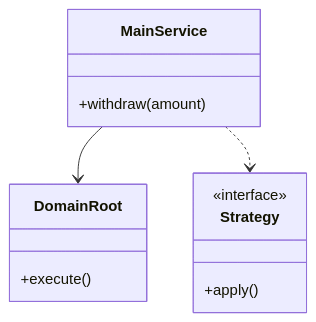
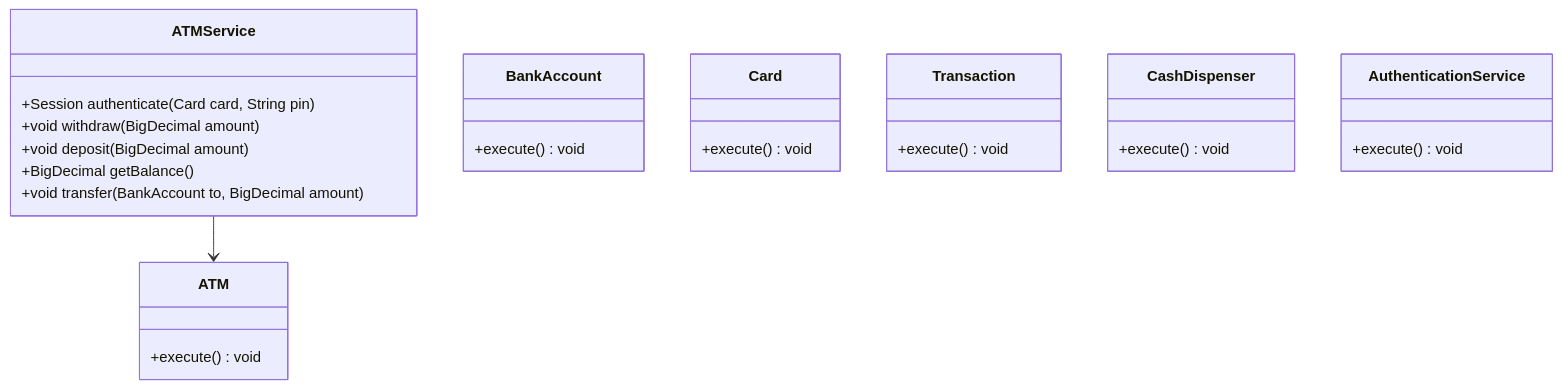
One commit to madhupaila/Interview-Prep-SSE changed the first of 3 diagrams in Learn/System Design - Low Level Design/02-classic-ood/questions/Q11-atm.md. Above: the diagram before and after it, drawn with Mermaid. The commit also changed other lines of this file and 491 other files, not shown here.

````diff
--- a/Learn/System Design - Low Level Design/02-classic-ood/questions/Q11-atm.md
+++ b/Learn/System Design - Low Level Design/02-classic-ood/questions/Q11-atm.md
@@ -75,15 +93,29 @@
 ```mermaid
 classDiagram
-    class MainService {
-        +withdraw(amount)
+    class ATMService {
+        +Session authenticate(Card card, String pin)
+        +void withdraw(BigDecimal amount)
+        +void deposit(BigDecimal amount)
+        +BigDecimal getBalance()
+        +void transfer(BankAccount to, BigDecimal amount)
     }
-    class DomainRoot {
-        +execute()
+    class ATM {
+        +execute() void
     }
-    class Strategy {
-        <<interface>>
-        +apply()
+    class BankAccount {
+        +execute() void
     }
-    MainService --> DomainRoot
-    MainService ..> Strategy
+    class Card {
+        +execute() void
+    }
+    class Transaction {
+        +execute() void
+    }
+    class CashDispenser {
+        +execute() void
+    }
+    class AuthenticationService {
+        +execute() void
+    }
+    ATMService --> ATM
 ```
````
